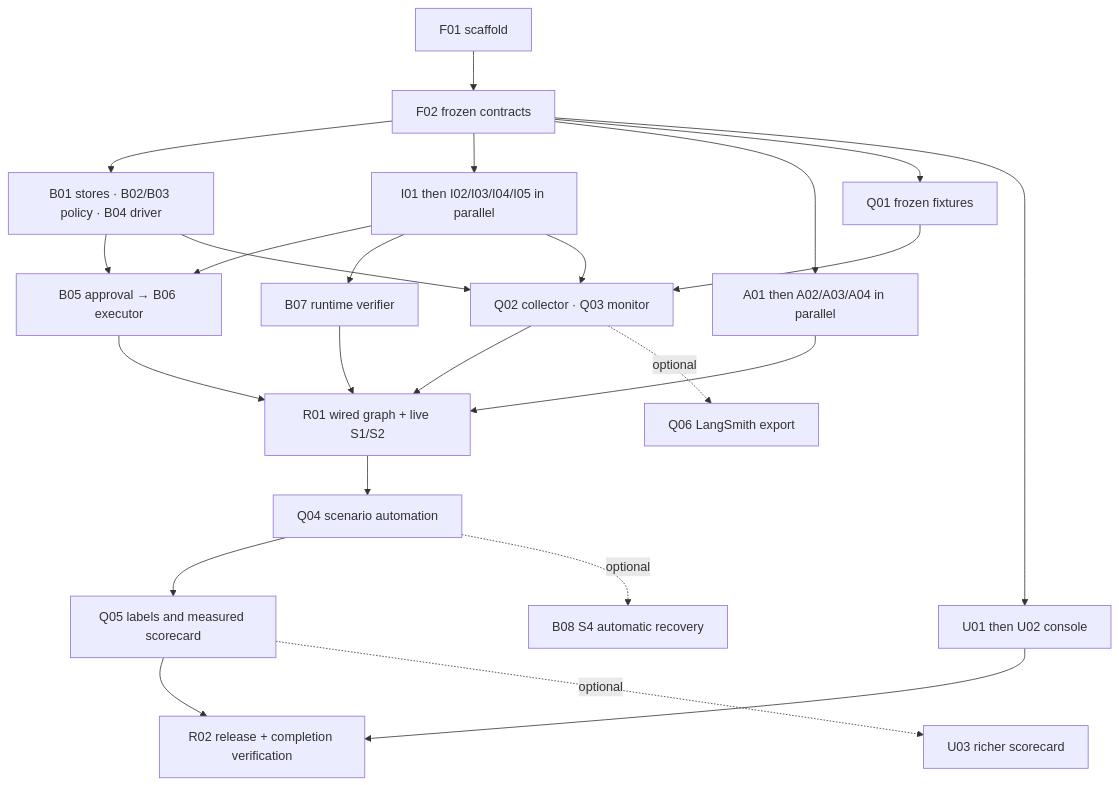
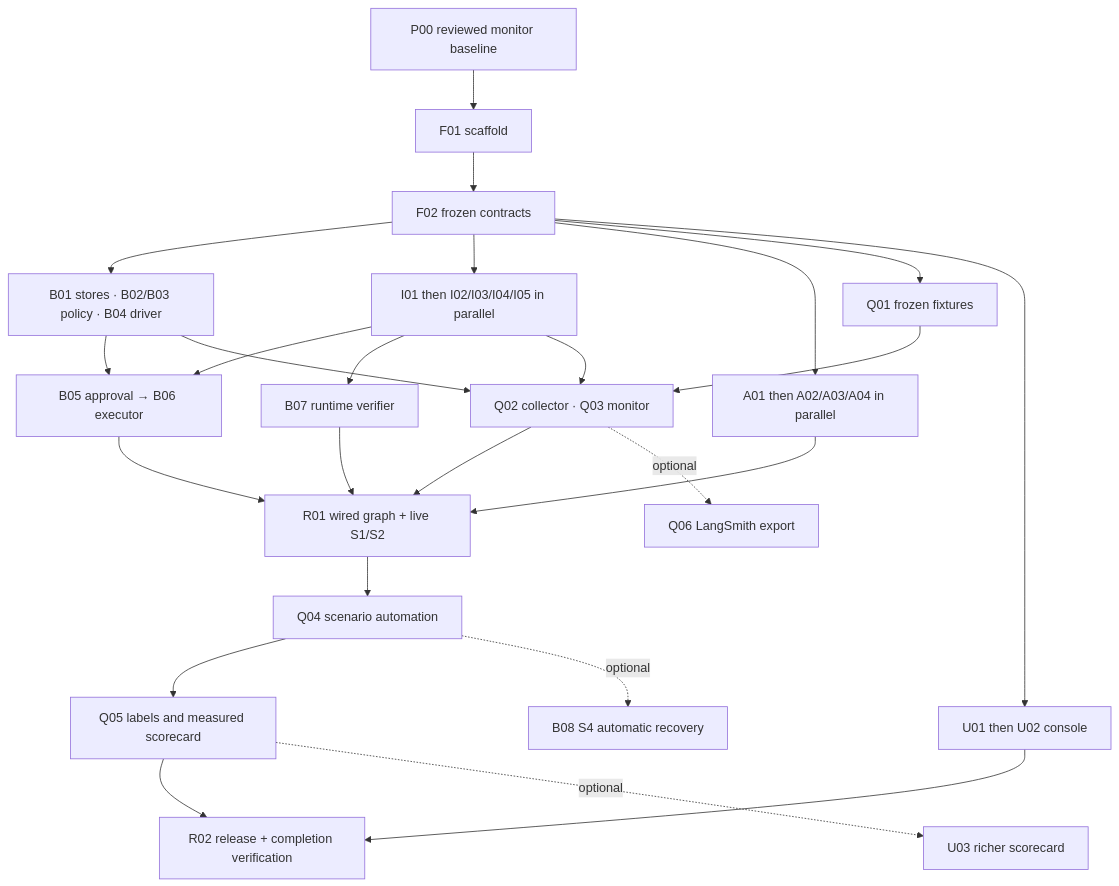
Before and after one commit to janmenjayap/multi-app_ai-agent_hackathon: the diagram in ideation/implementation-plan/04-commit-plan.md, drawn with Mermaid. The commit also changed other lines of this file and 103 other files, not shown here.

````diff
--- a/ideation/implementation-plan/04-commit-plan.md
+++ b/ideation/implementation-plan/04-commit-plan.md
@@ -61,26 +163,27 @@
 ```mermaid
 flowchart TD
+    P00["P00 reviewed monitor baseline"] --> F01
     F01["F01 scaffold"] --> F02["F02 frozen contracts"]
     F02 --> Core["B01 stores · B02/B03 policy · B04 driver"]
     F02 --> Apps["I01 then I02/I03/I04/I05 in parallel"]
     F02 --> Agents["A01 then A02/A03/A04 in parallel"]
     F02 --> Fixtures["Q01 frozen fixtures"]
     F02 --> UI["U01 then U02 console"]
     Core --> Guards["B05 approval → B06 executor"]
     Apps --> Guards
     Apps --> Verify["B07 runtime verifier"]
     Apps --> Evidence["Q02 collector · Q03 monitor"]
     Core --> Evidence
     Fixtures --> Evidence
     Guards --> R01["R01 wired graph + live S1/S2"]
     Verify --> R01
     Agents --> R01
     Evidence --> R01
     R01 --> Q04["Q04 scenario automation"]
     Q04 --> Q05["Q05 labels and measured scorecard"]
     Q05 --> R02["R02 release + completion verification"]
     UI --> R02
     Q04 -. optional .-> B08["B08 S4 automatic recovery"]
     Evidence -. optional .-> Q06["Q06 LangSmith export"]
     Q05 -. optional .-> U03["U03 richer scorecard"]
 ```
````
